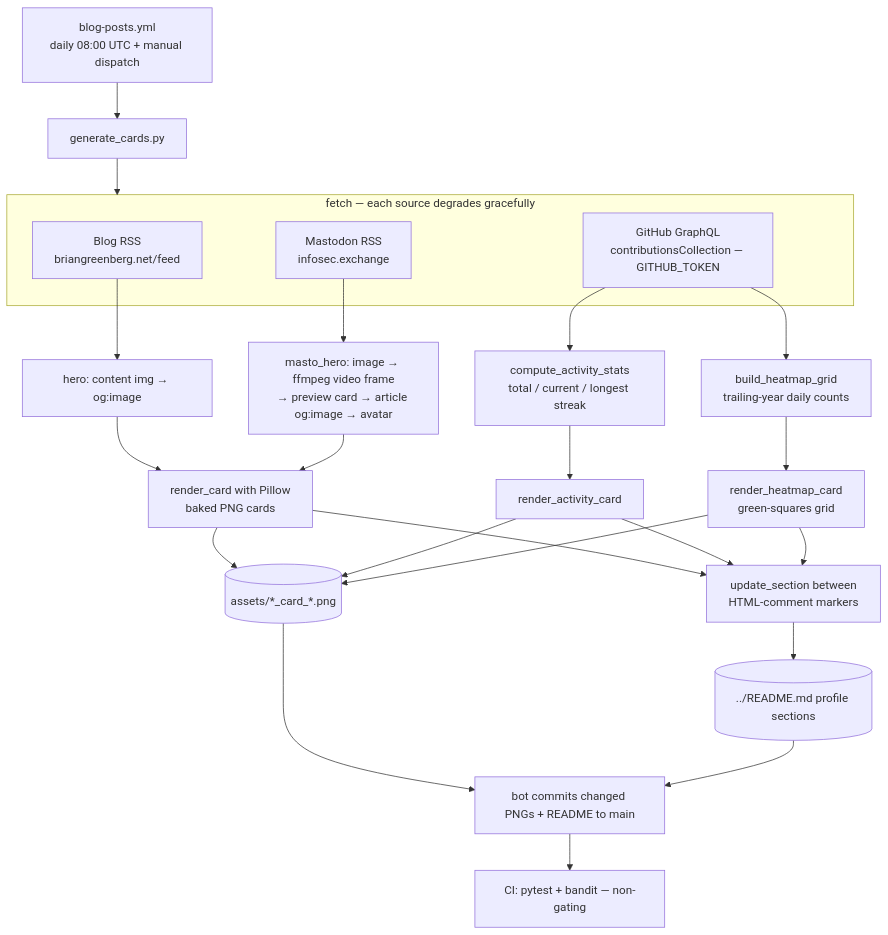
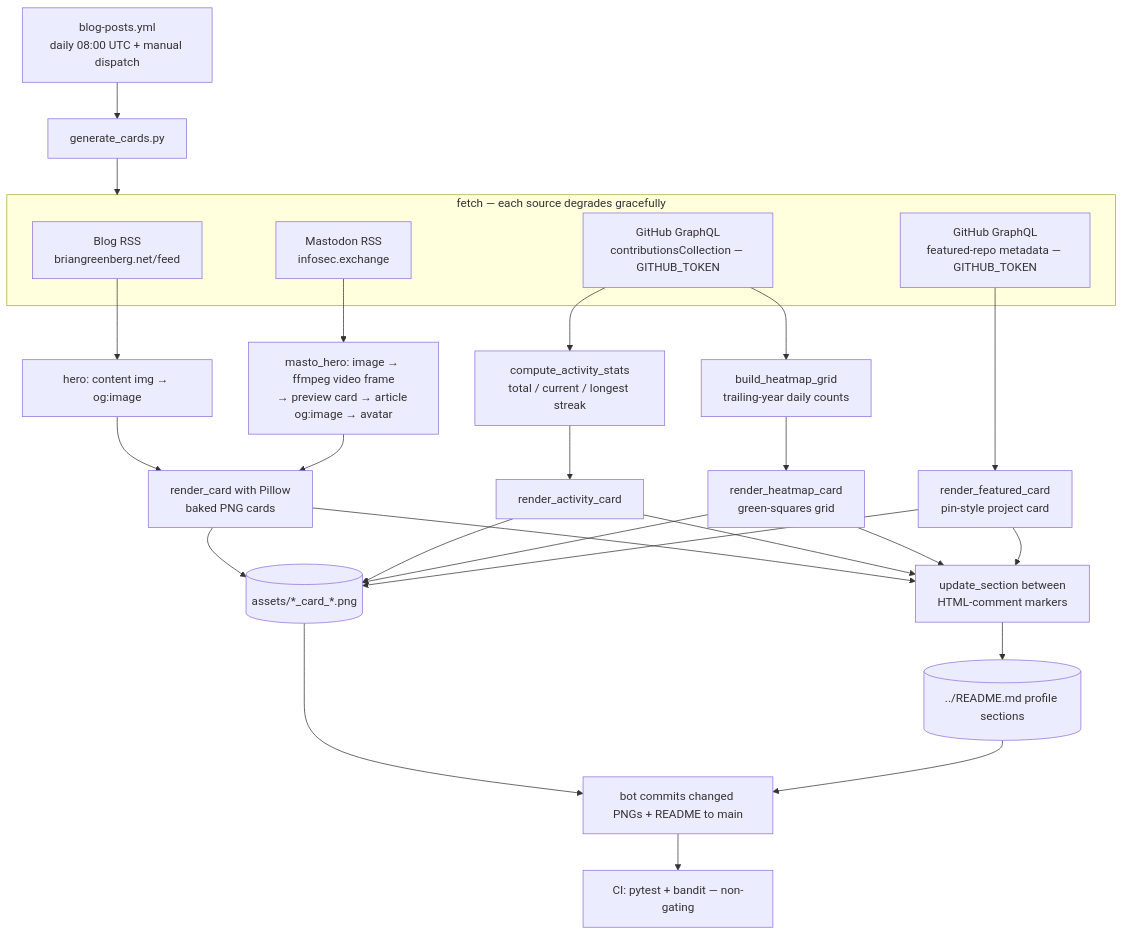
One commit to bjgreenberg/bjgreenberg changed the diagram in scripts/README.md. Above: the diagram before and after it, drawn with Mermaid. The commit also changed other lines of this file and 4 other files, not shown here.

First line of the commit message:
feat(cards): bake a featured-project pin card (senior-engineering-partner)

````diff
--- a/scripts/README.md
+++ b/scripts/README.md
@@ -22,28 +23,32 @@
 ```mermaid
 flowchart TB
     cron["blog-posts.yml<br/>daily 08:00 UTC + manual dispatch"] --> gen["generate_cards.py"]
     subgraph sources["fetch — each source degrades gracefully"]
         s1["Blog RSS<br/>briangreenberg.net/feed"]
         s2["Mastodon RSS<br/>infosec.exchange"]
         s3["GitHub GraphQL<br/>contributionsCollection — GITHUB_TOKEN"]
+        s4["GitHub GraphQL<br/>featured-repo metadata — GITHUB_TOKEN"]
     end
     gen --> sources
     s1 --> hero1["hero: content img → og:image"]
     s2 --> hero2["masto_hero: image → ffmpeg video frame<br/>→ preview card → article og:image → avatar"]
     s3 --> stats["compute_activity_stats<br/>total / current / longest streak"]
     s3 --> heat["build_heatmap_grid<br/>trailing-year daily counts"]
     hero1 --> render["render_card with Pillow<br/>baked PNG cards"]
     hero2 --> render
     stats --> renderA["render_activity_card"]
     heat --> renderH["render_heatmap_card<br/>green-squares grid"]
+    s4 --> renderF["render_featured_card<br/>pin-style project card"]
     render --> assets[("assets/*_card_*.png")]
     renderA --> assets
     renderH --> assets
+    renderF --> assets
     render --> upd["update_section between<br/>HTML-comment markers"]
     renderA --> upd
     renderH --> upd
+    renderF --> upd
     upd --> readme[("../README.md profile sections")]
     assets --> commit["bot commits changed PNGs + README to main"]
     readme --> commit
     commit --> ci["CI: pytest + bandit — non-gating"]
 ```
````
